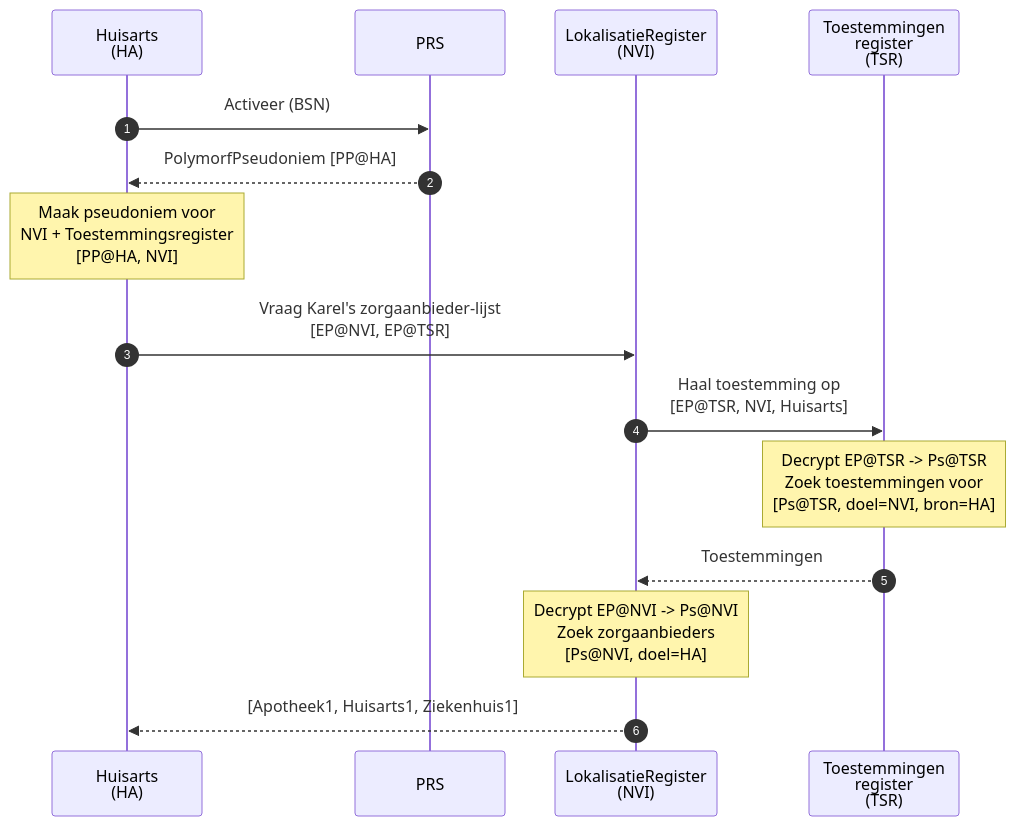
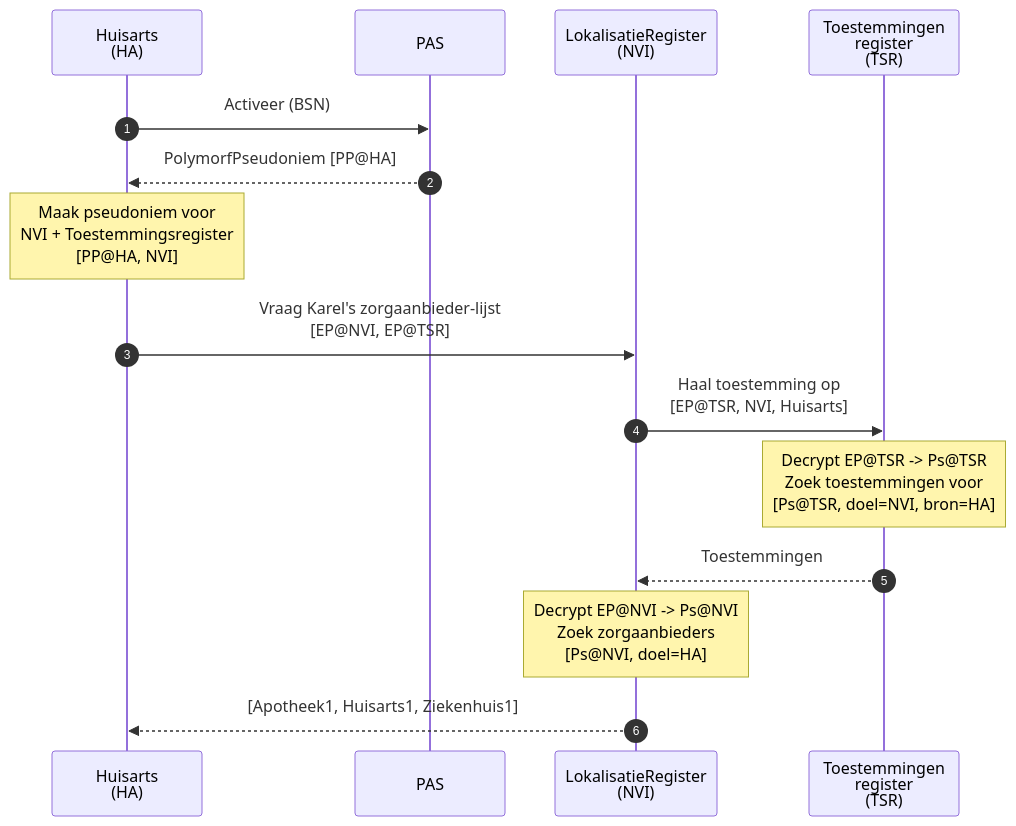
Before and after one commit to stevenvegt/pep-go: the fifth of 10 diagrams in docs/docs.md, drawn with Mermaid. The commit also changed other lines of this file, not shown here.

````diff
--- a/docs/docs.md
+++ b/docs/docs.md
@@ -60,21 +125,21 @@
 ```mermaid
 sequenceDiagram
     participant HA as Huisarts<br/> (HA)
-    participant PRS as PRS
+    participant PAS
     participant NVI as LokalisatieRegister<br> (NVI)
     participant TSR as Toestemmingen<br/>register<br/>(TSR)
 
     autonumber
 
-    HA ->> PRS: Activeer (BSN)
-    PRS -->> HA: PolymorfPseudoniem [PP@HA]
+    HA ->> PAS: Activeer (BSN)
+    PAS -->> HA: PolymorfPseudoniem [PP@HA]
 
 
     note over HA: Maak pseudoniem voor <br/>NVI + Toestemmingsregister<br/>[PP@HA, NVI]
     HA ->> NVI: Vraag Karel's zorgaanbieder-lijst<br/> [EP@NVI, EP@TSR]
     NVI ->> TSR: Haal toestemming op<br> [EP@TSR, NVI, Huisarts]
     note over TSR: Decrypt EP@TSR -> Ps@TSR <br> Zoek toestemmingen voor<br> [Ps@TSR, doel=NVI, bron=HA]
     TSR -->> NVI: Toestemmingen
     note over NVI: Decrypt EP@NVI -> Ps@NVI<br> Zoek zorgaanbieders<br> [Ps@NVI, doel=HA]
     NVI -->> HA: [Apotheek1, Huisarts1, Ziekenhuis1]
 ```
````
